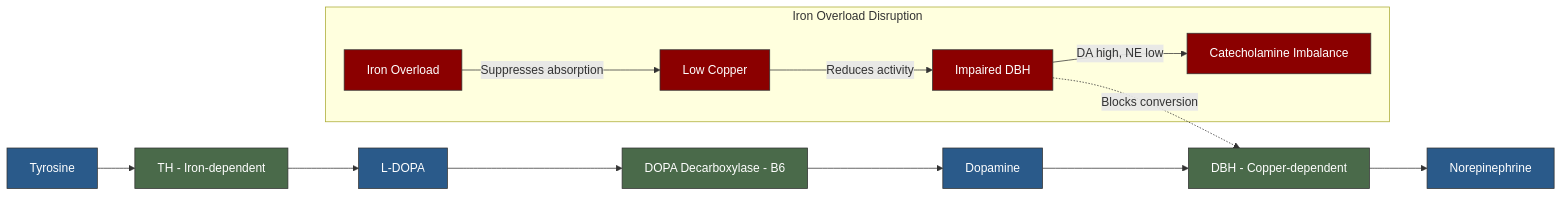
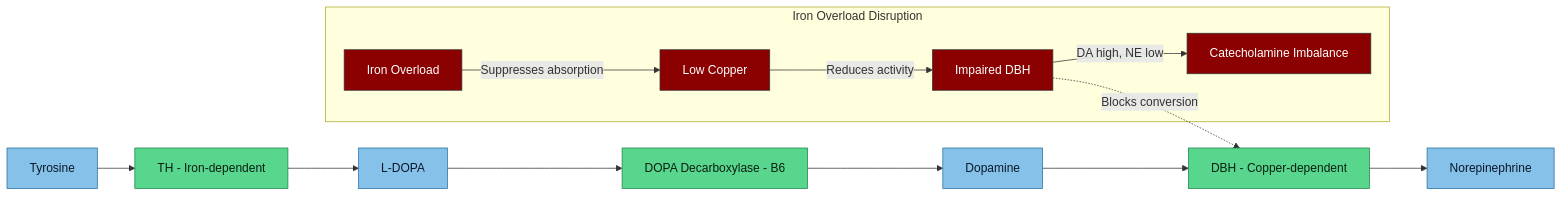
The diagram in research/Copper-Iron-Dopamine Triangle.md (Aegis-commits/ag-hfe-adhd-asd-research), drawn with Mermaid before and after one commit. The commit also changed 39 other files, not shown here.

First line of the commit message:
docs(vault): standardise diagram colours for light-mode readability, add MOC quick nav

````diff
--- a/research/Copper-Iron-Dopamine Triangle.md
+++ b/research/Copper-Iron-Dopamine Triangle.md
@@ -30,33 +30,33 @@
 ```mermaid
 flowchart LR
     TYR["Tyrosine"]
     TH["TH - Iron-dependent"]
     LDOPA["L-DOPA"]
     DDC["DOPA Decarboxylase - B6"]
     DA["Dopamine"]
     DBH["DBH - Copper-dependent"]
     NE["Norepinephrine"]
 
     TYR --> TH --> LDOPA --> DDC --> DA --> DBH --> NE
 
     subgraph Disruption["Iron Overload Disruption"]
         FE_EXCESS["Iron Overload"]
         CU_LOW["Low Copper"]
         DBH_IMPAIR["Impaired DBH"]
         IMBALANCE["Catecholamine Imbalance"]
     end
 
     FE_EXCESS -->|"Suppresses absorption"| CU_LOW
     CU_LOW -->|"Reduces activity"| DBH_IMPAIR
     DBH_IMPAIR -->|"DA high, NE low"| IMBALANCE
 
     DBH_IMPAIR -.->|"Blocks conversion"| DBH
 
-    classDef enzyme fill:#4a6a4a,stroke:#333,color:#fff
-    classDef molecule fill:#2a5a8a,stroke:#333,color:#fff
+    classDef enzyme fill:#58d68d,stroke:#1e8449,color:#0a1f12
+    classDef molecule fill:#85c1e9,stroke:#2471a3,color:#0a1929
     classDef disruption fill:#8b0000,stroke:#333,color:#fff
 
     class TH,DDC,DBH enzyme
     class TYR,LDOPA,DA,NE molecule
     class FE_EXCESS,CU_LOW,DBH_IMPAIR,IMBALANCE disruption
 ```
````
